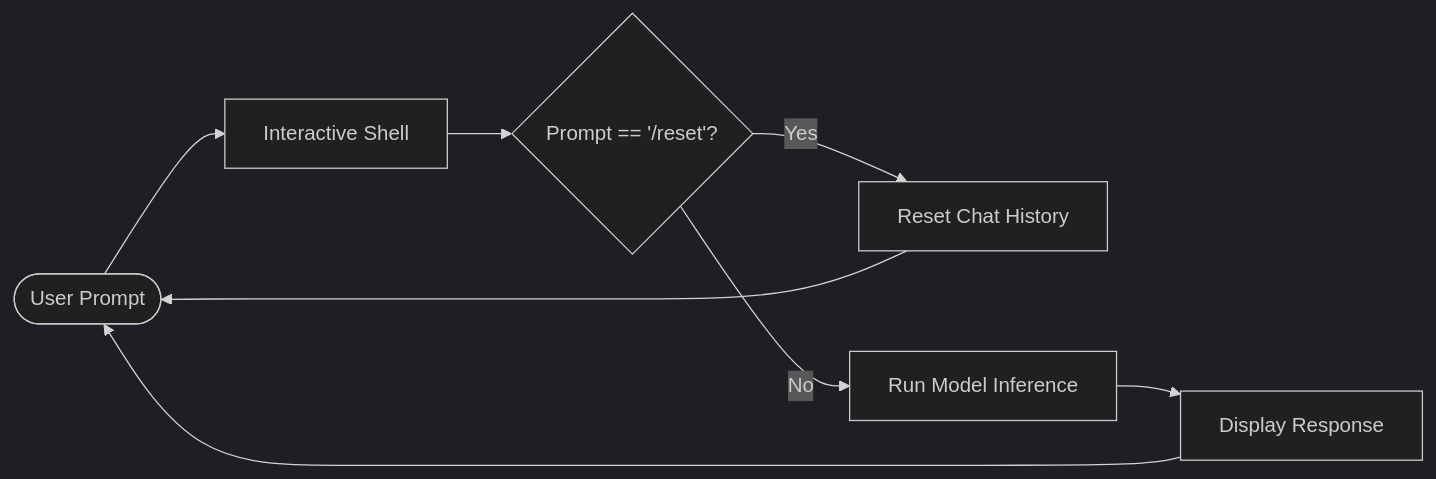
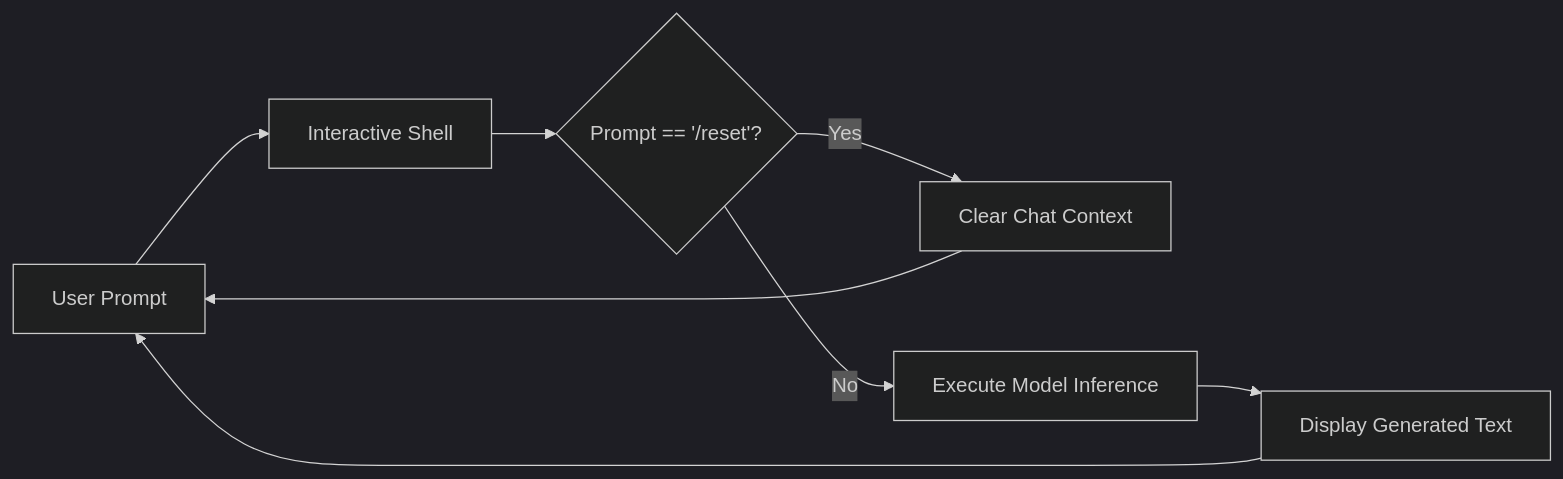
One commit to Ammar-Alnagar/mini-sglang-rs changed the second of 6 diagrams in docs/features.md. Above: the diagram before and after it, drawn with Mermaid (dark theme). The commit also changed other lines of this file and 4 other files, not shown here.

First line of the commit message:
Update documentation and system diagrams (#4)

````diff
--- a/docs/features.md
+++ b/docs/features.md
@@ -25,10 +36,10 @@
 ```mermaid
 flowchart LR
-    User([User Prompt]) --> Shell[Interactive Shell]
+    User["User Prompt"] --> Shell["Interactive Shell"]
     Shell --> Reset{"Prompt == '/reset'?"}
-    Reset -->|Yes| Clear[Reset Chat History]
-    Reset -->|No| Inference[Run Model Inference]
-    Inference --> Display[Display Response]
+    Reset -->|Yes| Clear["Clear Chat Context"]
+    Reset -->|No| Inference["Execute Model Inference"]
+    Inference --> Display["Display Generated Text"]
     Clear --> User
     Display --> User
 ```
````
